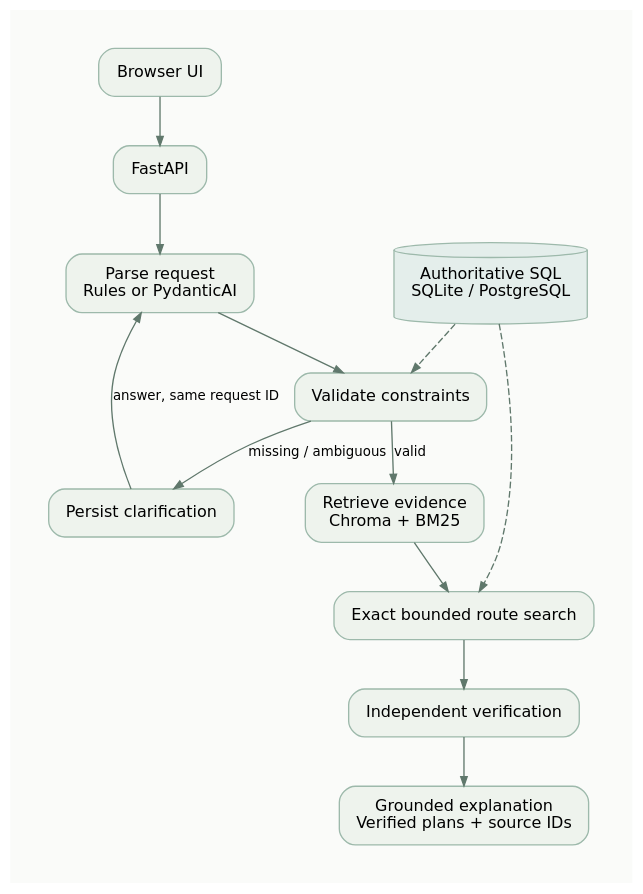
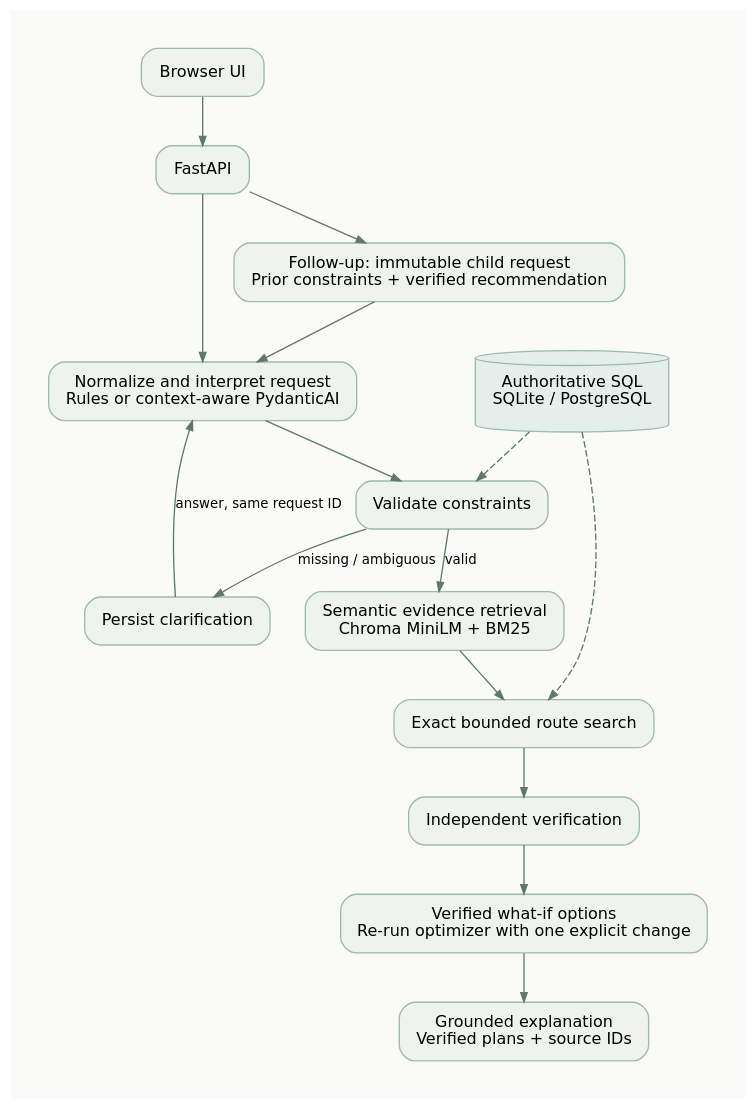
Before and after one commit to chetsp/RouteMind-AI: the diagram in docs/architecture.dot, drawn with Graphviz. The commit also changed 29 other files, not shown here.

Commit message:
Add conversational NLP, learned semantic retrieval and verified what-if planning

```diff
--- a/docs/architecture.dot
+++ b/docs/architecture.dot
@@ -1,22 +1,25 @@
 digraph RouteMind {
   graph [rankdir=TB, bgcolor="#fafbf9", pad="0.4", nodesep="0.35", ranksep="0.5"];
   node [shape=box, style="rounded,filled", fillcolor="#eef3ed", color="#9db9ab", fontname="DejaVu Sans", fontsize=12, margin="0.18,0.12"];
   edge [color="#60786c", arrowsize=0.7, fontname="DejaVu Sans", fontsize=10];
   browser [label="Browser UI"];
   api [label="FastAPI"];
-  parse [label="Parse request\nRules or PydanticAI"];
+  parse [label="Normalize and interpret request\nRules or context-aware PydanticAI"];
+  revision [label="Follow-up: immutable child request\nPrior constraints + verified recommendation"];
   validate [label="Validate constraints"];
   clarify [label="Persist clarification"];
-  retrieve [label="Retrieve evidence\nChroma + BM25"];
+  retrieve [label="Semantic evidence retrieval\nChroma MiniLM + BM25"];
   optimize [label="Exact bounded route search"];
   verify [label="Independent verification"];
+  suggestions [label="Verified what-if options\nRe-run optimizer with one explicit change"];
   explain [label="Grounded explanation\nVerified plans + source IDs"];
   sql [label="Authoritative SQL\nSQLite / PostgreSQL", shape=cylinder, fillcolor="#e4eeeb"];
   browser -> api -> parse -> validate;
+  api -> revision -> parse;
   validate -> clarify [label="missing / ambiguous"];
   clarify -> parse [label="answer, same request ID"];
   validate -> retrieve [label="valid"];
-  retrieve -> optimize -> verify -> explain;
+  retrieve -> optimize -> verify -> suggestions -> explain;
   sql -> validate [style=dashed];
   sql -> optimize [style=dashed];
 }
```
